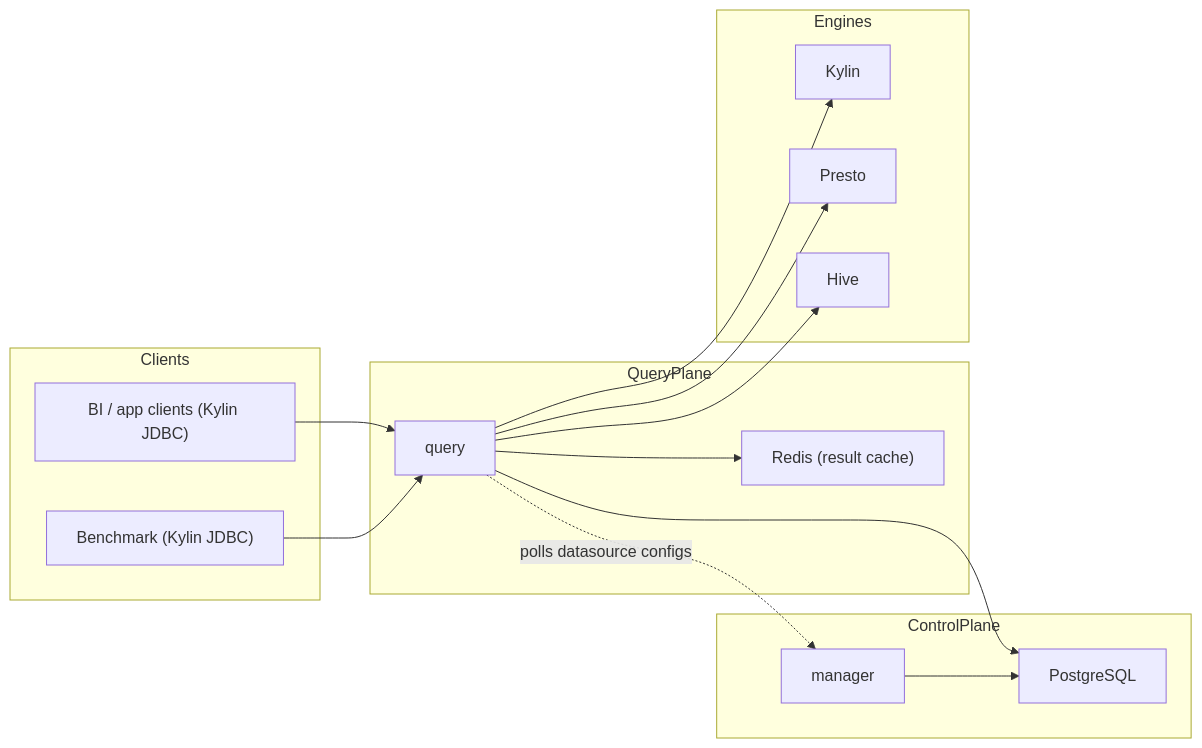
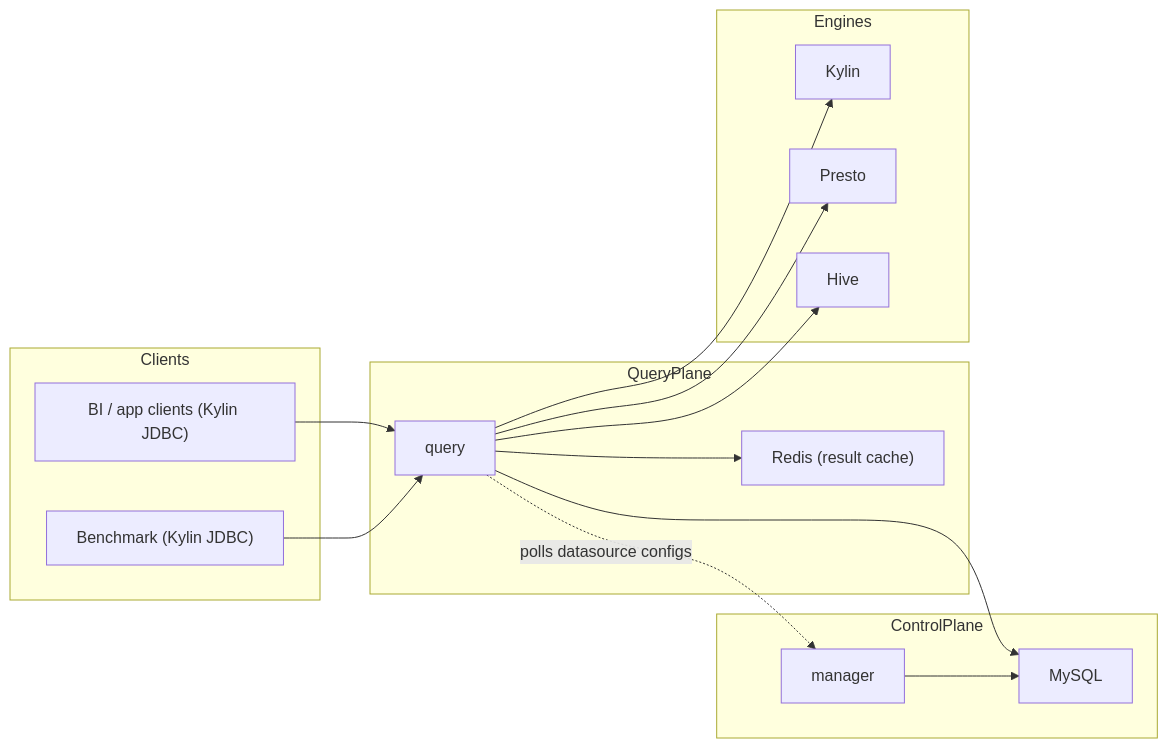
The diagram in docs/architecture/runtime-topology.md (SfcFromSx/easy-engine), drawn with Mermaid before and after one commit. The commit also changed other lines of this file and 48 other files, not shown here.

````diff
--- a/docs/architecture/runtime-topology.md
+++ b/docs/architecture/runtime-topology.md
@@ -5,33 +5,33 @@
 ```mermaid
 flowchart LR
   subgraph Clients
     BI["BI / app clients (Kylin JDBC)"]
     Bench["Benchmark (Kylin JDBC)"]
   end
 
   subgraph QueryPlane
     Query["query"]
     Redis["Redis (result cache)"]
   end
 
   subgraph ControlPlane
     Manager["manager"]
-    PG["PostgreSQL"]
+    DB["MySQL"]
   end
 
   subgraph Engines
     Kylin["Kylin"]
     Presto["Presto"]
     Hive["Hive"]
   end
 
   BI --> Query
   Bench --> Query
   Query --> Redis
   Query --> Kylin
   Query --> Presto
   Query --> Hive
-  Query --> PG
-  Manager --> PG
+  Query --> DB
+  Manager --> DB
   Query -.->|polls datasource configs| Manager
 ```
````
